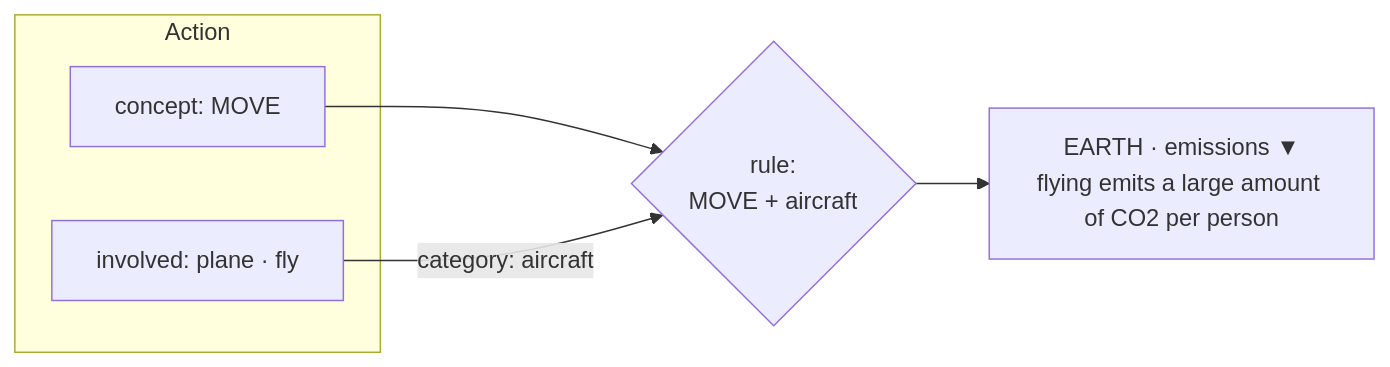
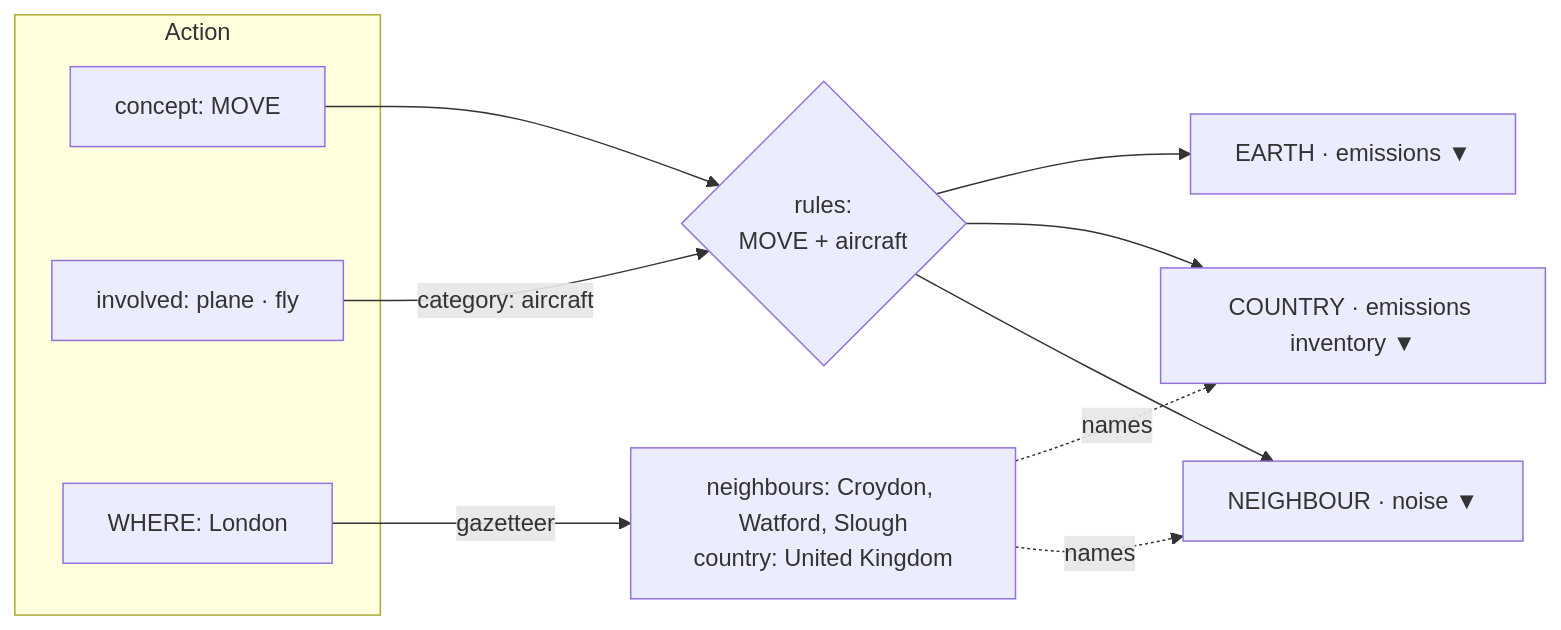
The ninth of 13 diagrams in README.md (Sherlock2019/ACM), drawn with Mermaid before and after one commit. The commit also changed other lines of this file and 11 other files, not shown here.

First line of the commit message:
Add environment consequence layers and start.sh launcher

````diff
--- a/README.md
+++ b/README.md
@@ -345,10 +470,16 @@
 ```mermaid
 flowchart LR
   subgraph Action
     C[concept: MOVE]
     X[involved: plane · fly]
+    P[WHERE: London]
   end
-  C --> R{rule:<br/>MOVE + aircraft}
+  C --> R{rules:<br/>MOVE + aircraft}
   X -->|category: aircraft| R
-  R --> E[EARTH · emissions ▼<br/>flying emits a large amount of CO2 per person]
+  P -->|gazetteer| G[neighbours: Croydon, Watford, Slough<br/>country: United Kingdom]
+  R --> NB[NEIGHBOUR · noise ▼]
+  R --> CO[COUNTRY · emissions inventory ▼]
+  R --> E[EARTH · emissions ▼]
+  G -.->|names| NB
+  G -.->|names| CO
 ```
````
